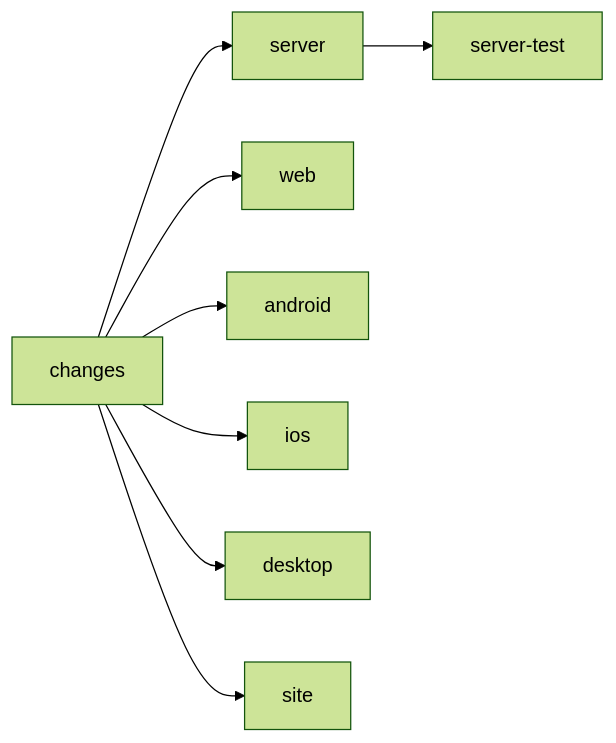
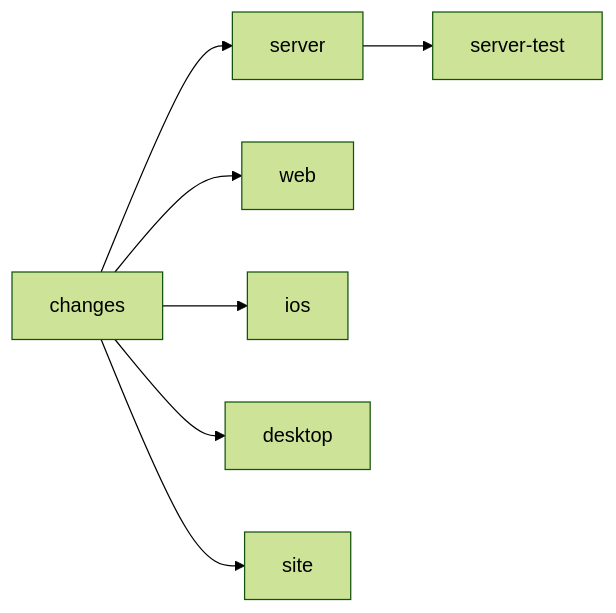
One commit to themadorg/bedrud changed the second of 4 diagrams in docs/developer/ci.md. Above: the diagram before and after it, drawn with Mermaid (forest theme). The commit also changed other lines of this file, not shown here.

````diff
--- a/docs/developer/ci.md
+++ b/docs/developer/ci.md
@@ -85,11 +85,10 @@
 ```mermaid
 flowchart LR
   C[changes]
   C --> S[server]
   S --> ST[server-test]
   C --> W[web]
-  C --> A[android]
   C --> I[ios]
   C --> D[desktop]
   C --> Site[site]
 ```
````
